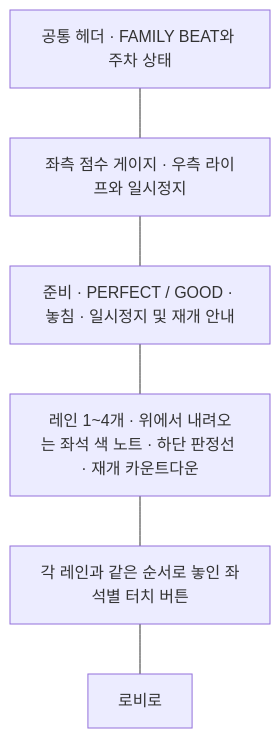
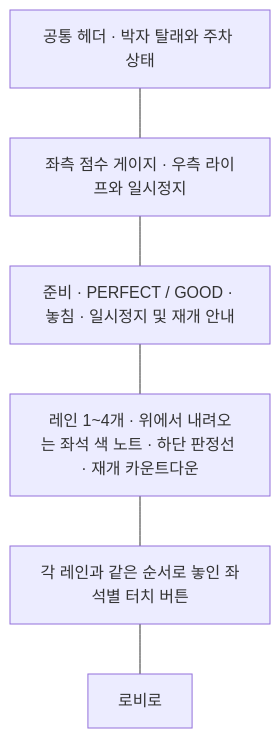
One commit to Cocoa7-55a/Beat-rider changed the second of 3 diagrams in docs/project-status.md. Above: the diagram before and after it, drawn with Mermaid. The commit also changed other lines of this file and 6 other files, not shown here.

````diff
--- a/docs/project-status.md
+++ b/docs/project-status.md
@@ -68,10 +68,10 @@
 ```mermaid
 flowchart TB
-    Header["공통 헤더 · FAMILY BEAT와 주차 상태"]
+    Header["공통 헤더 · 박자 탈래와 주차 상태"]
     HUD["좌측 점수 게이지 · 우측 라이프와 일시정지"]
     Feedback["준비 · PERFECT / GOOD · 놓침 · 일시정지 및 재개 안내"]
     Canvas["레인 1~4개 · 위에서 내려오는 좌석 색 노트 · 하단 판정선 · 재개 카운트다운"]
     Touch["각 레인과 같은 순서로 놓인 좌석별 터치 버튼"]
     Controls["로비로"]
     Header --- HUD --- Feedback --- Canvas --- Touch --- Controls
 ```
````
